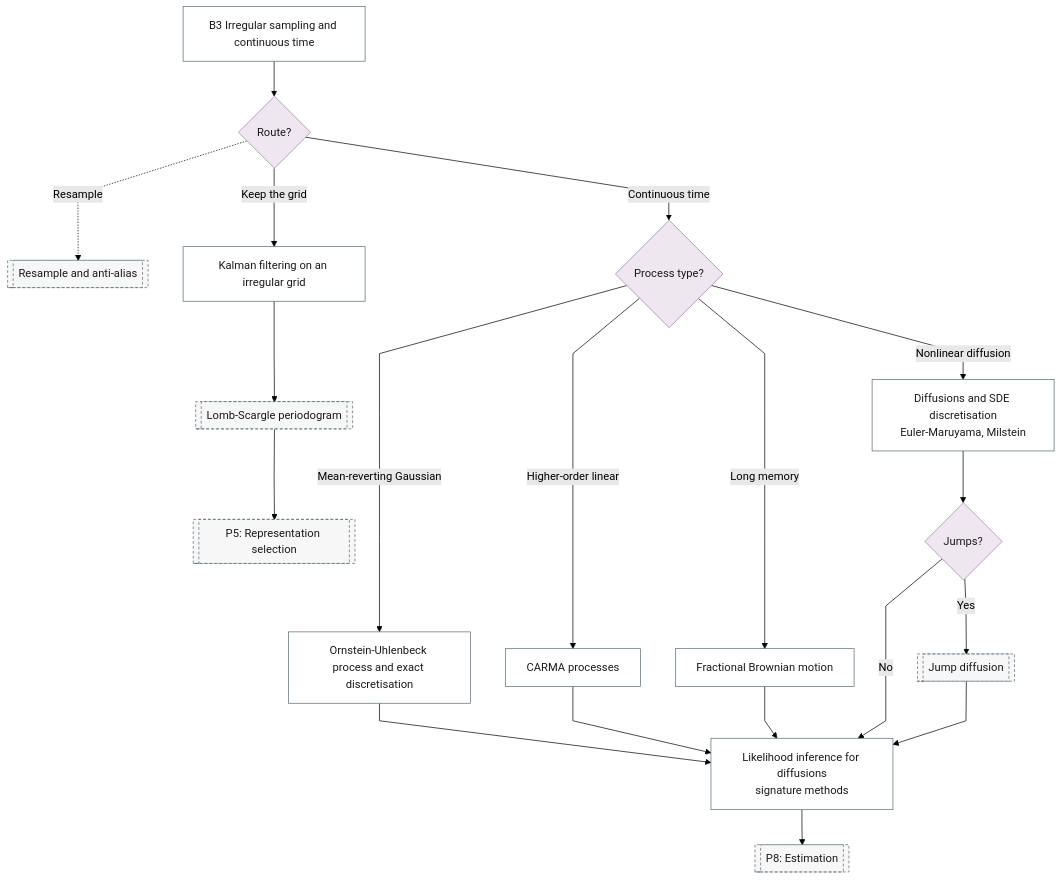
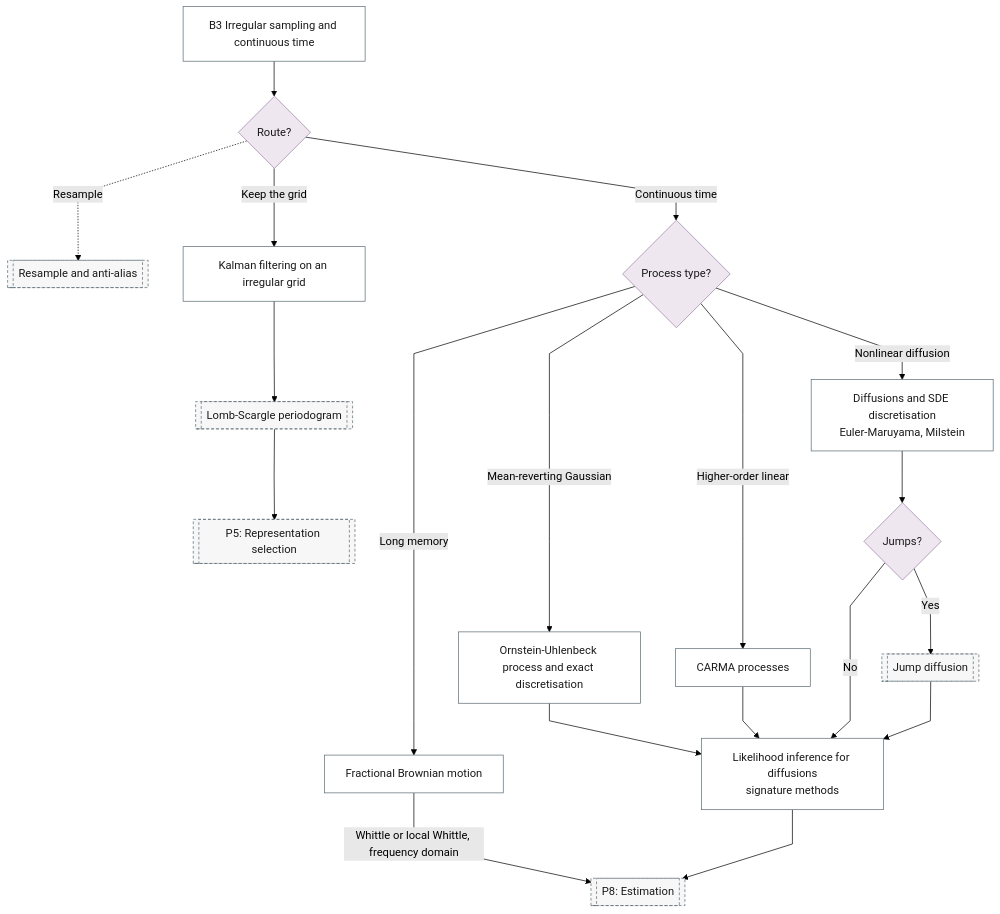
Before and after one commit to Shuxin-Y/time-series-analysis-manual: the diagram in docs/reference/15-continuous-time/index.md, drawn with Mermaid (forest theme).

Commit message:
fix(flowchart): fractional Brownian motion is estimated by Whittle methods in P8 (rev1 R2-2)
B3_FBM no longer feeds likelihood inference for diffusions; it goes to
P8 on a 'Whittle or local Whittle, frequency domain' edge.

````diff
--- a/docs/reference/15-continuous-time/index.md
+++ b/docs/reference/15-continuous-time/index.md
@@ -7,31 +7,32 @@
 ```mermaid
 %%{init: {"flowchart": {"curve": "linear"}}}%%
 graph TD
     B3["B3 Irregular sampling and continuous time"] --> B3_ROUTE{"Route?"}
     B3_ROUTE -.->|"Resample"| P0_RESAMPLE[["Resample and anti-alias"]]
     B3_ROUTE -->|"Keep the grid"| B3_IRREGULAR_KALMAN["Kalman filtering on an irregular grid"]
     B3_ROUTE -->|"Continuous time"| B3_PROCESS{"Process type?"}
     B3_PROCESS -->|"Mean-reverting Gaussian"| B3_OU["Ornstein-Uhlenbeck process and exact discretisation"]
     B3_PROCESS -->|"Higher-order linear"| B3_CARMA["CARMA processes"]
     B3_PROCESS -->|"Long memory"| B3_FBM["Fractional Brownian motion"]
     B3_PROCESS -->|"Nonlinear diffusion"| B3_SDE["Diffusions and SDE discretisation<br/>Euler-Maruyama, Milstein"]
     B3_IRREGULAR_KALMAN --> P5_FD_LOMB_SCARGLE[["Lomb-Scargle periodogram"]]
     P5_FD_LOMB_SCARGLE --> P5[["P5: Representation selection"]]
-    B3_OU & B3_CARMA & B3_FBM --> B3_SDE_INFERENCE
+    B3_OU & B3_CARMA --> B3_SDE_INFERENCE
+    B3_FBM -->|"Whittle or local Whittle, frequency domain"| P8
     B3_SDE --> B3_JUMPS{"Jumps?"}
     B3_JUMPS -->|"Yes"| P7_JUMPS[["Jump diffusion"]]
     B3_JUMPS -->|"No"| B3_SDE_INFERENCE
     P7_JUMPS --> B3_SDE_INFERENCE["Likelihood inference for diffusions<br/>signature methods"]
     B3_SDE_INFERENCE --> P8[["P8: Estimation"]]
     class B3_ROUTE,B3_PROCESS,B3_JUMPS decision
     class B3,B3_IRREGULAR_KALMAN,B3_OU,B3_CARMA,B3_FBM,B3_SDE,B3_SDE_INFERENCE process
     class P0_RESAMPLE,P5_FD_LOMB_SCARGLE,P5,P7_JUMPS,P8 ref
     classDef terminator fill:#E6F2F7,stroke:#007BA7,color:#1A1A1A;
     classDef process fill:#FFFFFF,stroke:#5A6B73,color:#1A1A1A;
     classDef decision fill:#EFE7F0,stroke:#9B7FA7,color:#1A1A1A;
     classDef data fill:#FFF4E0,stroke:#C9A55E,color:#1A1A1A;
     classDef good fill:#DCEFD8,stroke:#4A7A3F,color:#1A1A1A;
     classDef escalate fill:#FFE9C2,stroke:#C9A55E,color:#1A1A1A;
     classDef problem fill:#F2D9DE,stroke:#800020,color:#1A1A1A;
     classDef ref fill:#F7F7F7,stroke:#5A6B73,color:#1A1A1A,stroke-dasharray:4 3;
 ```
````
